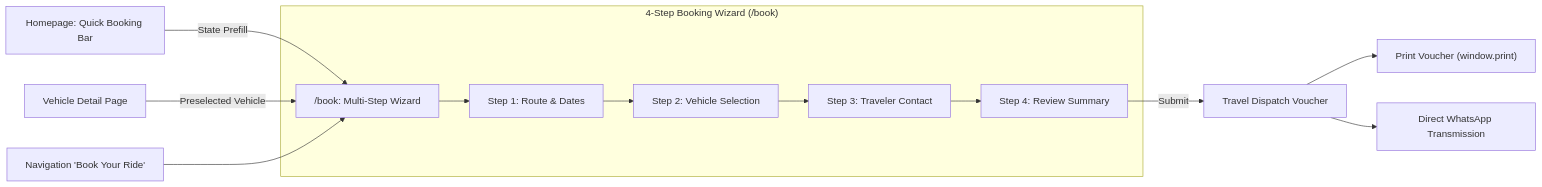
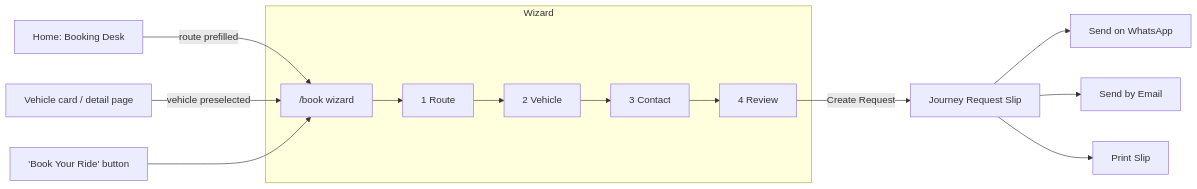
Before and after one commit to fazilarshiya77/ox-tours-and-travels: the diagram in ARCHITECTURE.md, drawn with Mermaid. The commit also changed other lines of this file and 95 other files, not shown here.

````diff
--- a/ARCHITECTURE.md
+++ b/ARCHITECTURE.md
@@ -251,17 +280,15 @@
 ```mermaid
 flowchart LR
-    A["Homepage: Quick Booking Bar"] -->|State Prefill| B["/book: Multi-Step Wizard"]
-    C["Vehicle Detail Page"] -->|Preselected Vehicle| B
-    D["Navigation 'Book Your Ride'"] --> B
+    A["Home: Booking Desk"] -->|route prefilled| B["/book wizard"]
+    C["Vehicle card / detail page"] -->|vehicle preselected| B
+    D["'Book Your Ride' button"] --> B
 
-    subgraph "4-Step Booking Wizard (/book)"
-        B --> S1["Step 1: Route & Dates"]
-        S1 --> S2["Step 2: Vehicle Selection"]
-        S2 --> S3["Step 3: Traveler Contact"]
-        S3 --> S4["Step 4: Review Summary"]
+    subgraph "Wizard"
+        B --> S1["1 Route"] --> S2["2 Vehicle"] --> S3["3 Contact"] --> S4["4 Review"]
     end
 
-    S4 -->|Submit| E["Travel Dispatch Voucher"]
-    E --> F["Print Voucher (window.print)"]
-    E --> G["Direct WhatsApp Transmission"]
+    S4 -->|Create Request| E["Journey Request Slip"]
+    E --> F["Send on WhatsApp"]
+    E --> G["Send by Email"]
+    E --> H["Print Slip"]
 ```
````
